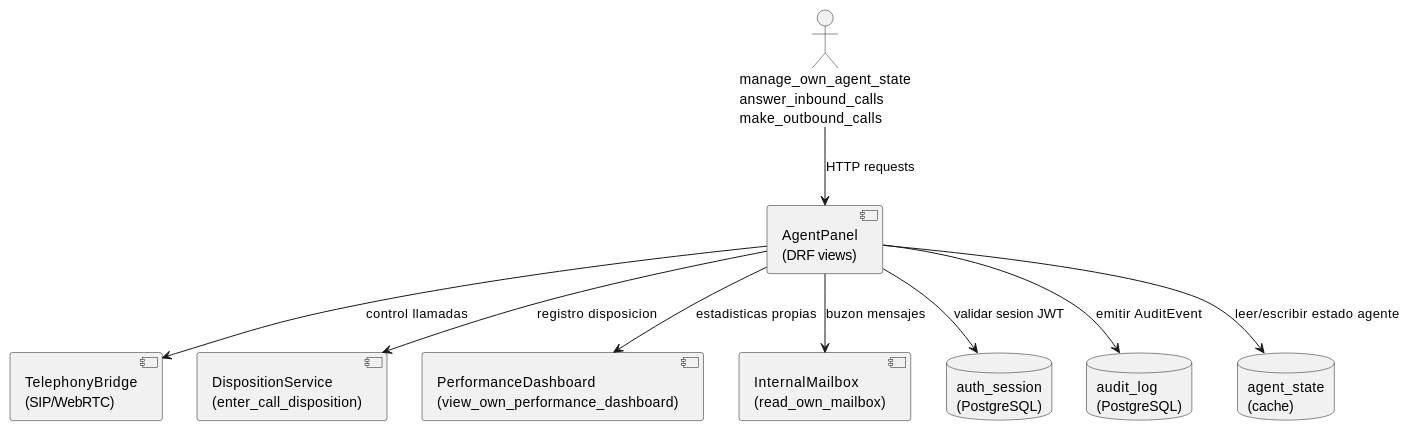
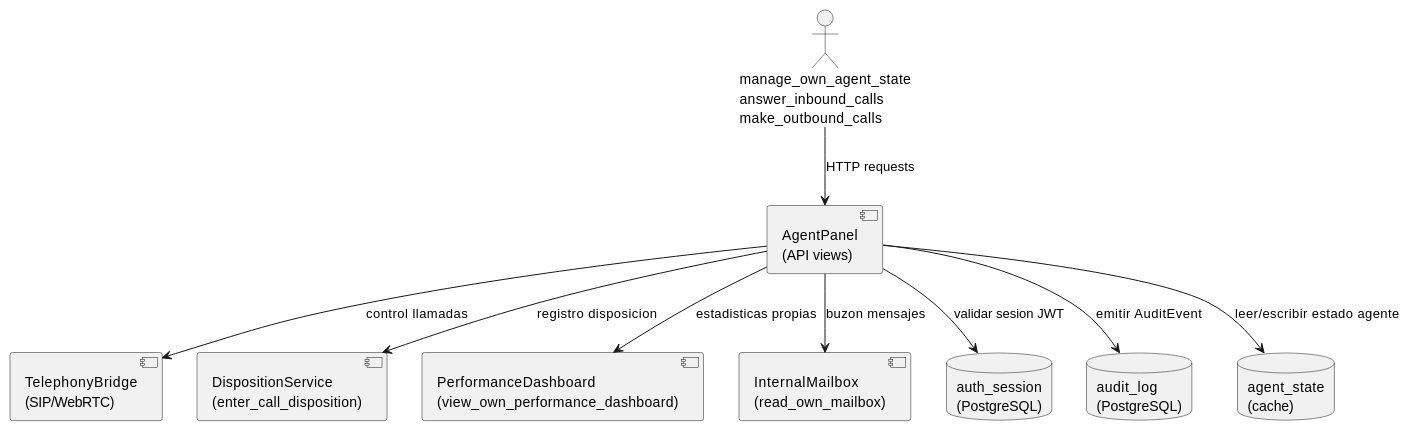
The diagram in source/arquitectura-tecnica/modulos/operator/diagramas/componentes-mod-operator.rst (jcg-admin/IACT-docs), drawn with PlantUML before and after one commit. The commit also changed 93 other files, not shown here.

```diff
--- a/source/arquitectura-tecnica/modulos/operator/diagramas/componentes-mod-operator.rst
+++ b/source/arquitectura-tecnica/modulos/operator/diagramas/componentes-mod-operator.rst
@@ -22,27 +22,27 @@
 .. uml::
  :caption: Componentes de MOD_Operator y sus dependencias.
 
  @startuml
 
  actor "manage_own_agent_state\nanswer_inbound_calls\nmake_outbound_calls" as manage_own_agent_state
 
- component "AgentPanel\n(DRF views)" as Agentpanel
+ component "AgentPanel\n(API views)" as Agentpanel
  component "TelephonyBridge\n(SIP/WebRTC)" as Telephonybridge
  component "DispositionService\n(enter_call_disposition)" as DISP
  component "PerformanceDashboard\n(view_own_performance_dashboard)" as DASH
  component "InternalMailbox\n(read_own_mailbox)" as Internalmailbox
 
  database "auth_session\n(PostgreSQL)" as SESS
  database "audit_log\n(PostgreSQL)" as audit_log
  database "agent_state\n(cache)" as STATE
 
  manage_own_agent_state --> Agentpanel : HTTP requests
  Agentpanel --> Telephonybridge : control llamadas
  Agentpanel --> DISP : registro disposicion
  Agentpanel --> DASH : estadisticas propias
  Agentpanel --> Internalmailbox : buzon mensajes
  Agentpanel --> SESS : validar sesion JWT
  Agentpanel --> audit_log : emitir AuditEvent
  Agentpanel --> STATE : leer/escribir estado agente
 
  @enduml
```
